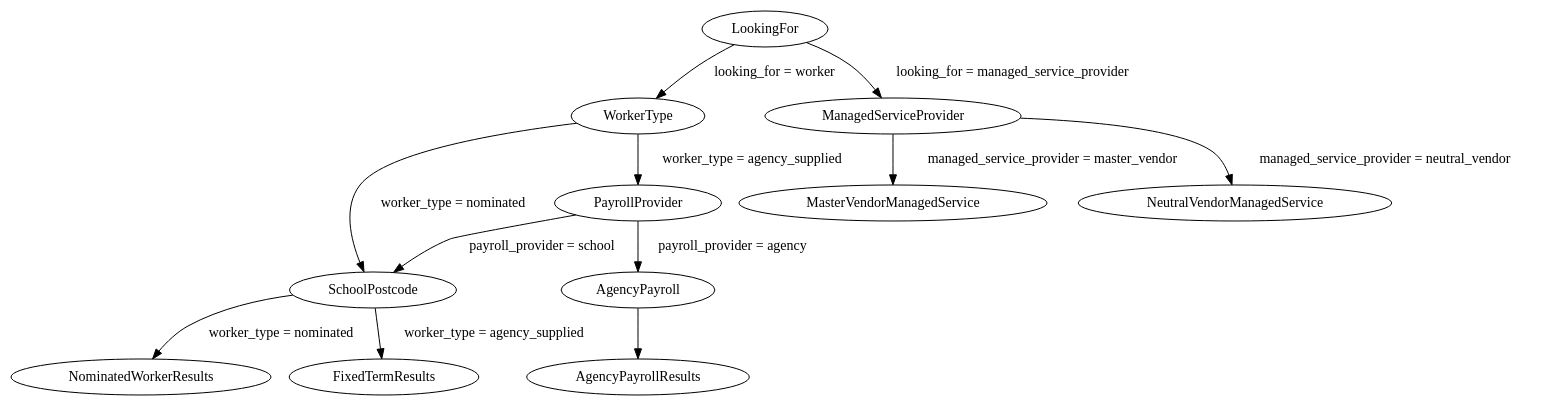
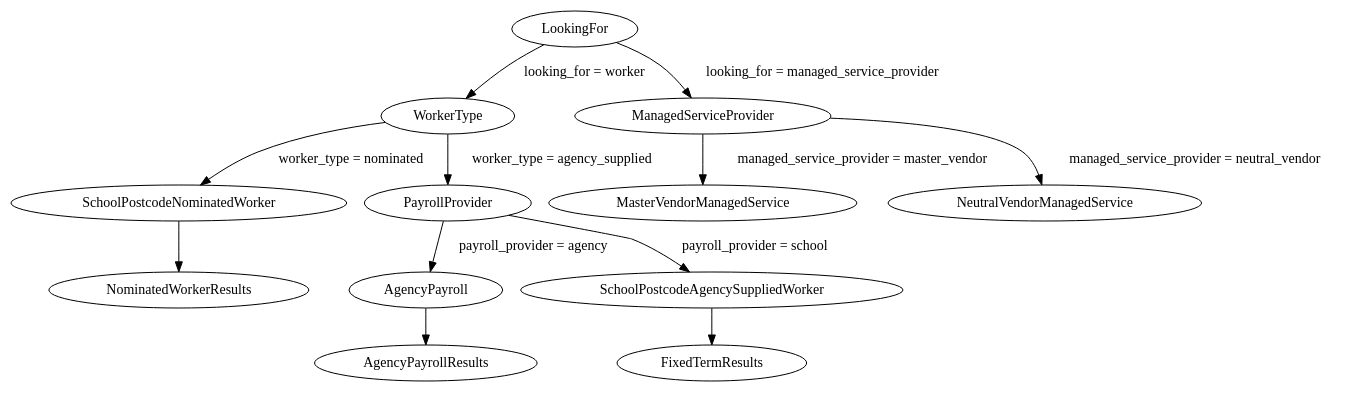
Before and after one commit to Crown-Commercial-Service/crown-marketplace: the diagram in doc/journey.dot, drawn with Graphviz. The commit also changed 1 other file, not shown here.

Commit message:
Update school journey diagram

```diff
--- a/doc/journey.dot
+++ b/doc/journey.dot
@@ -1,13 +1,13 @@
 digraph {
   AgencyPayroll -> AgencyPayrollResults;
   LookingFor -> WorkerType [label="looking_for = worker"];
   LookingFor -> ManagedServiceProvider [label="looking_for = managed_service_provider"];
   ManagedServiceProvider -> MasterVendorManagedService [label="managed_service_provider = master_vendor"];
   ManagedServiceProvider -> NeutralVendorManagedService [label="managed_service_provider = neutral_vendor"];
-  WorkerType -> SchoolPostcode [label="worker_type = nominated"];
+  WorkerType -> SchoolPostcodeNominatedWorker [label="worker_type = nominated"];
   WorkerType -> PayrollProvider [label="worker_type = agency_supplied"];
-  PayrollProvider -> SchoolPostcode [label="payroll_provider = school"];
+  PayrollProvider -> SchoolPostcodeAgencySuppliedWorker [label="payroll_provider = school"];
   PayrollProvider -> AgencyPayroll [label="payroll_provider = agency"];
-  SchoolPostcode -> NominatedWorkerResults [label="worker_type = nominated"];
-  SchoolPostcode -> FixedTermResults [label="worker_type = agency_supplied"];
+  SchoolPostcodeNominatedWorker -> NominatedWorkerResults;
+  SchoolPostcodeAgencySuppliedWorker -> FixedTermResults;
 }
```
